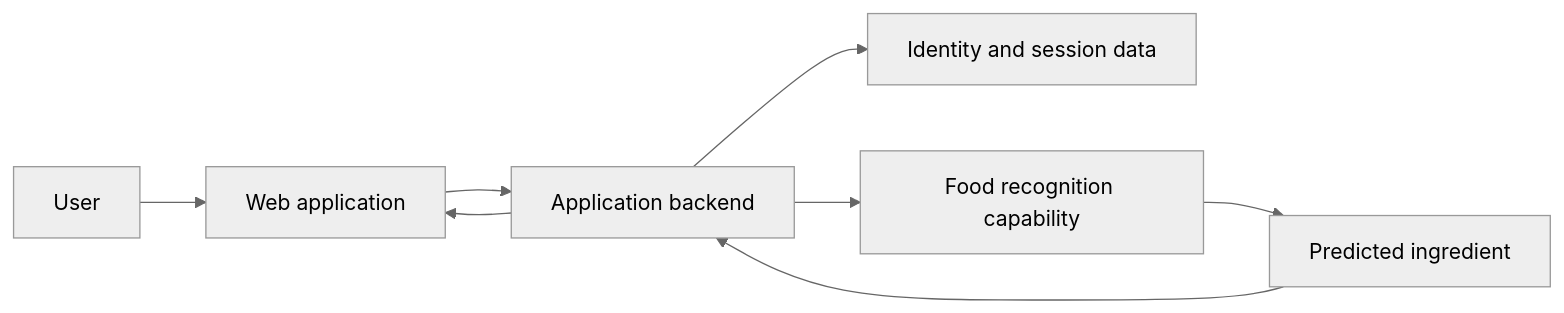
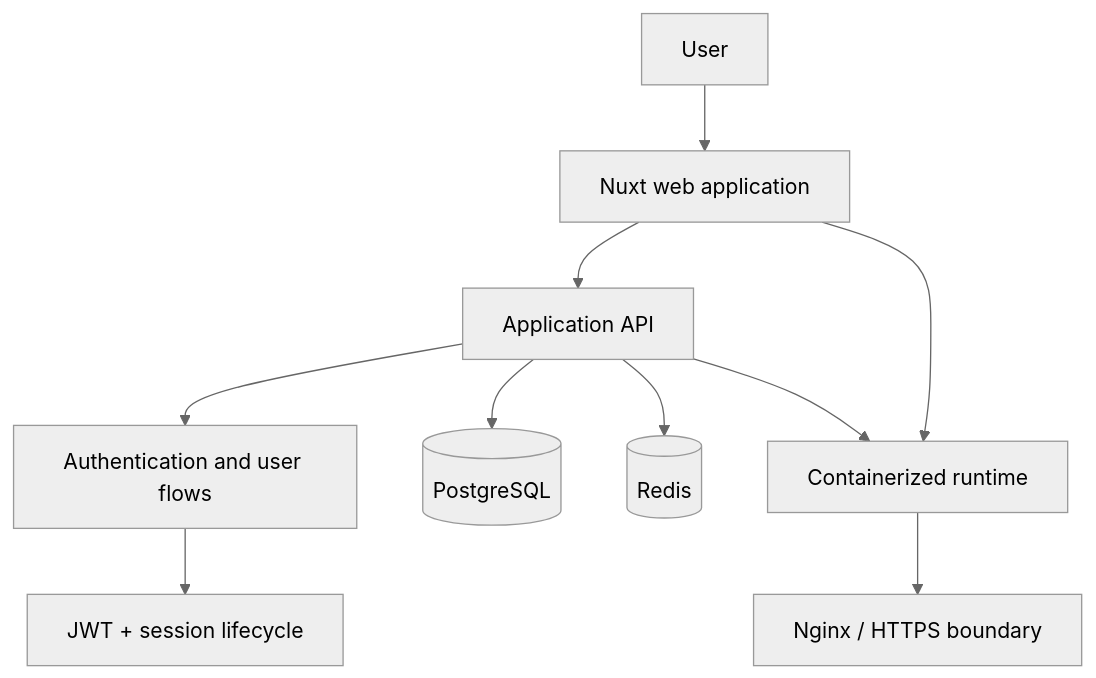
One commit to farismnrr/portofolio changed the third of 6 diagrams in frontend/content/projects/gizilens.md. Above: the diagram before and after it, drawn with Mermaid (neutral theme). The commit also changed other lines of this file, not shown here.

````diff
--- a/frontend/content/projects/gizilens.md
+++ b/frontend/content/projects/gizilens.md
@@ -97,10 +67,15 @@
 ```mermaid
-flowchart LR
-    USER[User] --> WEB[Web application]
-    WEB --> API[Application backend]
-    API --> AUTH[Identity and session data]
-    API --> ML[Food recognition capability]
-    ML --> PRED[Predicted ingredient]
-    PRED --> API
-    API --> WEB
+flowchart TB
+    U[User] --> NUXT[Nuxt web application]
+    NUXT --> API[Application API]
+
+    API --> AUTH[Authentication and user flows]
+    AUTH --> SESSION[JWT + session lifecycle]
+
+    API --> PG[(PostgreSQL)]
+    API --> REDIS[(Redis)]
+
+    NUXT --> DEPLOY[Containerized runtime]
+    API --> DEPLOY
+    DEPLOY --> NGINX[Nginx / HTTPS boundary]
 ```
````
